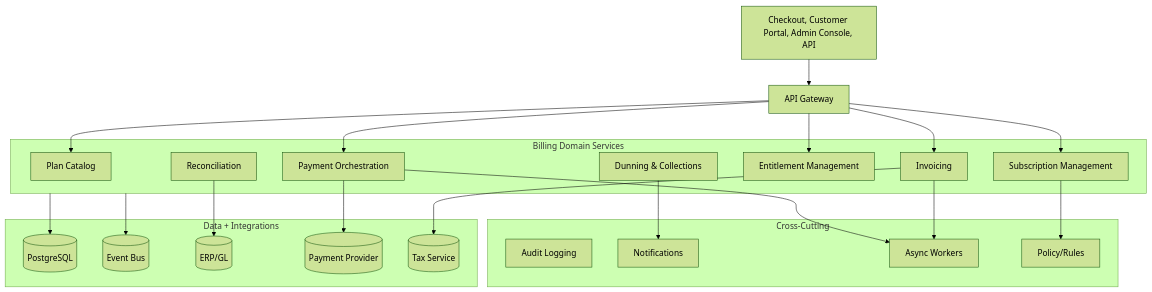
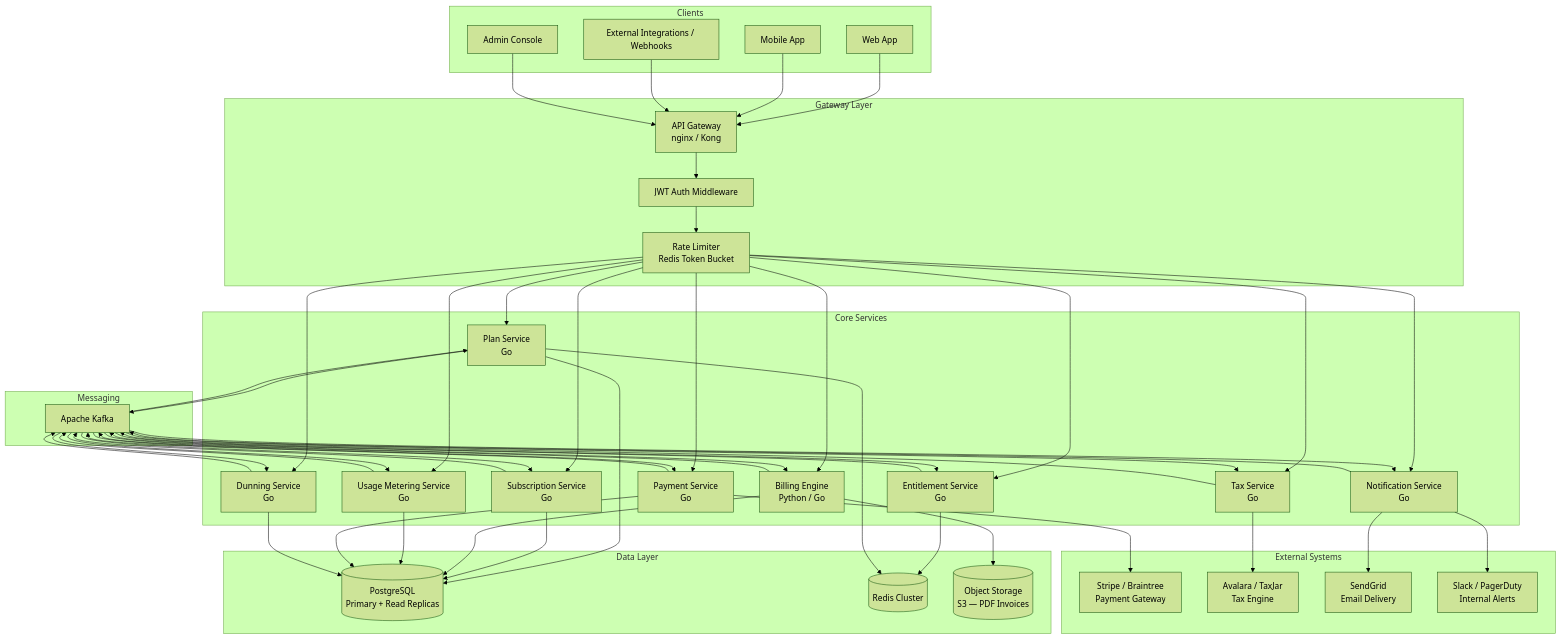
The diagram in Subscription Billing and Entitlements Platform/high-level-design/architecture-diagram.md (0Ankit0/Project-Ideas), drawn with Mermaid (forest theme) before and after one commit. The commit also changed other lines of this file and 35 other files, not shown here.

Commit message:
docs(subscription-billing-and-entitlements-platform): expand documentation to production-grade spec

````diff
--- a/Subscription Billing and Entitlements Platform/high-level-design/architecture-diagram.md
+++ b/Subscription Billing and Entitlements Platform/high-level-design/architecture-diagram.md
@@ -3,46 +11,62 @@
 ```mermaid
-flowchart TB
-    Channels[Checkout, Customer Portal, Admin Console, API] --> Edge[API Gateway]
-
-    subgraph Services[Billing Domain Services]
-      Catalog[Plan Catalog]
-      Subscription[Subscription Management]
-      Billing[Invoicing]
-      Payment[Payment Orchestration]
-      Entitlement[Entitlement Management]
-      Dunning[Dunning & Collections]
-      Reconciliation[Reconciliation]
+graph TD
+    subgraph Clients
+        WEB[Web App]
+        MOB[Mobile App]
+        EXT[External Integrations / Webhooks]
+        ADMIN[Admin Console]
     end
 
-    Edge --> Catalog
-    Edge --> Subscription
-    Edge --> Billing
-    Edge --> Payment
-    Edge --> Entitlement
-
-    subgraph CrossCutting[Cross-Cutting]
-      Audit[Audit Logging]
-      Notify[Notifications]
-      Jobs[Async Workers]
-      Policy[Policy/Rules]
+    subgraph Gateway Layer
+        AG[API Gateway\nnginx / Kong]
+        AUTH[JWT Auth Middleware]
+        RL[Rate Limiter\nRedis Token Bucket]
+        AG --> AUTH --> RL
     end
 
-    Billing --> Jobs
-    Payment --> Jobs
-    Dunning --> Notify
-    Subscription --> Policy
-
-    subgraph DataInfra[Data + Integrations]
-      DB[(PostgreSQL)]
-      Bus[(Event Bus)]
-      ERP[(ERP/GL)]
-      PSP[(Payment Provider)]
-      Tax[(Tax Service)]
+    subgraph Core Services
+        PS[Plan Service\nGo]
+        SS[Subscription Service\nGo]
+        UMS[Usage Metering Service\nGo]
+        BE[Billing Engine\nPython / Go]
+        PAY[Payment Service\nGo]
+        DUN[Dunning Service\nGo]
+        ENT[Entitlement Service\nGo]
+        TAX[Tax Service\nGo]
+        NOTIF[Notification Service\nGo]
     end
 
-    Services --> DB
-    Services --> Bus
-    Payment --> PSP
-    Billing --> Tax
-    Reconciliation --> ERP
+    subgraph Messaging
+        KAFKA[Apache Kafka]
+    end
+
+    subgraph Data Layer
+        PG[(PostgreSQL\nPrimary + Read Replicas)]
+        REDIS[(Redis Cluster)]
+        S3[(Object Storage\nS3 — PDF Invoices)]
+    end
+
+    subgraph External Systems
+        STRIPE[Stripe / Braintree\nPayment Gateway]
+        AVALARA[Avalara / TaxJar\nTax Engine]
+        SENDGRID[SendGrid\nEmail Delivery]
+        SLACK[Slack / PagerDuty\nInternal Alerts]
+    end
+
+    WEB & MOB & EXT & ADMIN --> AG
+    RL --> PS & SS & UMS & BE & PAY & DUN & ENT & TAX & NOTIF
+
+    PS & SS & UMS & BE & PAY & DUN & ENT & TAX & NOTIF --> KAFKA
+    KAFKA --> PS & SS & UMS & BE & PAY & DUN & ENT & TAX & NOTIF
+
+    PS & SS & BE --> PG
+    UMS --> PG
+    PAY & DUN --> PG
+    ENT --> REDIS
+    PS --> REDIS
+
+    BE --> S3
+    PAY --> STRIPE
+    TAX --> AVALARA
+    NOTIF --> SENDGRID & SLACK
 ```
````
